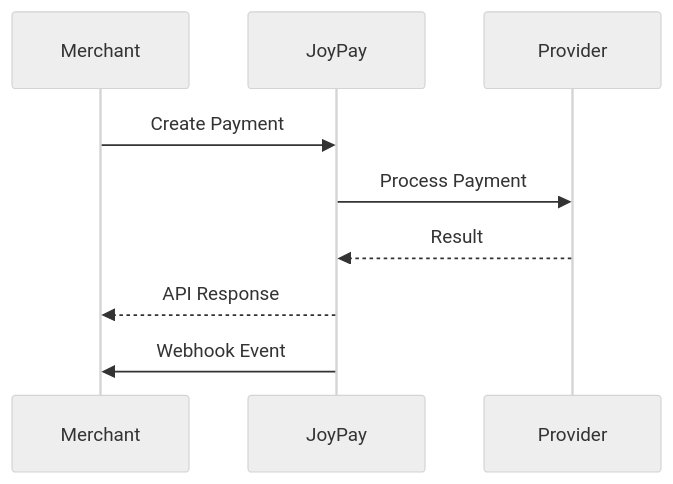
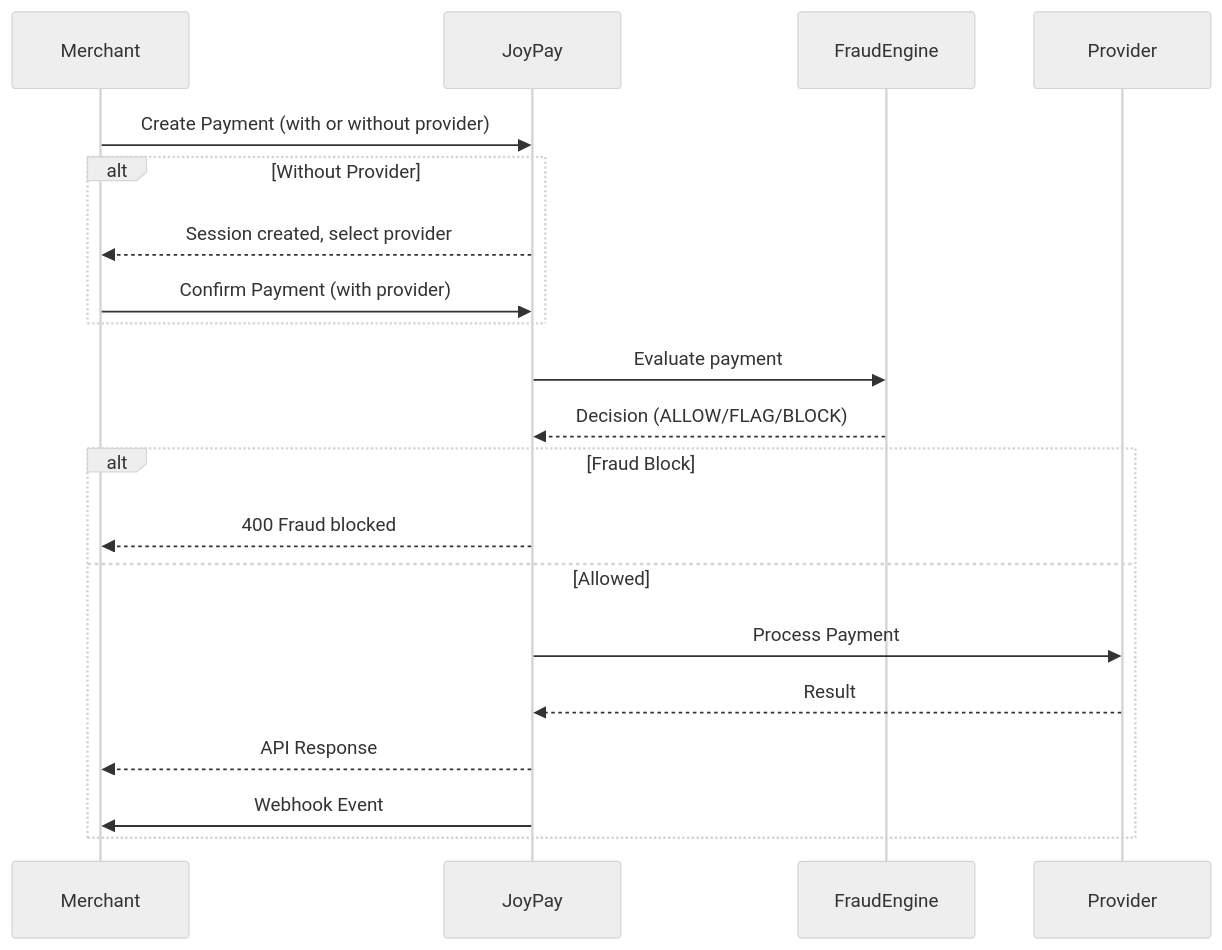
Before and after one commit to adnanhjoy/joy-pay: the diagram in API_DOCUMENTATION.md, drawn with Mermaid (neutral theme). The commit also changed other lines of this file and 1 other file, not shown here.

Commit message:
docs: overhaul API docs with all routes, fraud engine, webhooks, and env vars

````diff
--- a/API_DOCUMENTATION.md
+++ b/API_DOCUMENTATION.md
@@ -465,13 +794,22 @@
 ```mermaid
 sequenceDiagram
 
-Merchant->>JoyPay: Create Payment
+Merchant->>JoyPay: Create Payment (with or without provider)
 
-JoyPay->>Provider: Process Payment
+alt Without Provider
+  JoyPay-->>Merchant: Session created, select provider
+  Merchant->>JoyPay: Confirm Payment (with provider)
+end
 
-Provider-->>JoyPay: Result
+JoyPay->>FraudEngine: Evaluate payment
+FraudEngine-->>JoyPay: Decision (ALLOW/FLAG/BLOCK)
 
-JoyPay-->>Merchant: API Response
-
-JoyPay->>Merchant: Webhook Event
+alt Fraud Block
+  JoyPay-->>Merchant: 400 Fraud blocked
+else Allowed
+  JoyPay->>Provider: Process Payment
+  Provider-->>JoyPay: Result
+  JoyPay-->>Merchant: API Response
+  JoyPay->>Merchant: Webhook Event
+end
 ```
````
